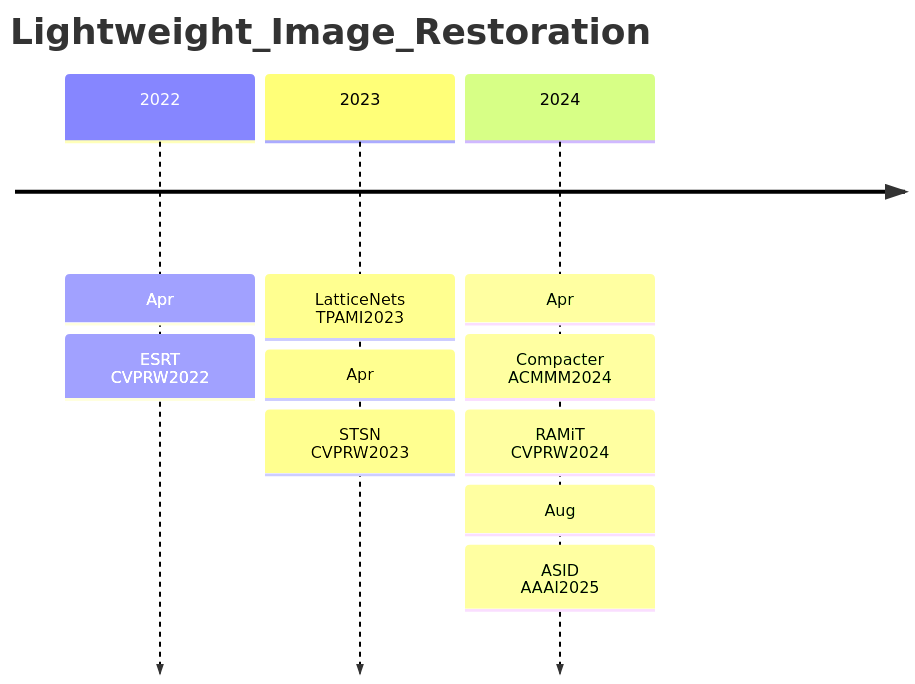
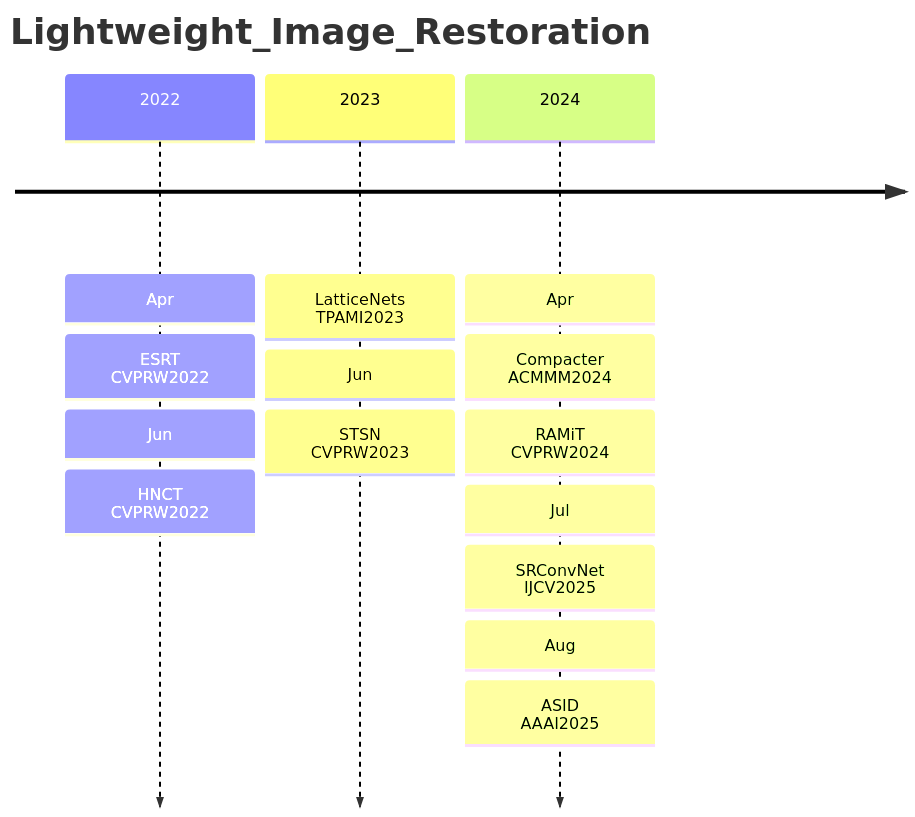
Before and after one commit to Elephant-King9/Paper: the first of 4 diagrams in CV/Lightweight/analyse.md, drawn with Mermaid. The commit also changed other lines of this file and 10 other files, not shown here.

Commit message:
update_SRConvNet: A Transformer-Style ConvNet for Lightweight Image Super-Resolution

````diff
--- a/CV/Lightweight/analyse.md
+++ b/CV/Lightweight/analyse.md
@@ -5,14 +5,18 @@
 ```mermaid
 timeline
     title Lightweight_Image_Restoration
     2022: Apr
     		: ESRT<br>CVPRW2022
+    		: Jun
+    		: HNCT<br>CVPRW2022
     2023: LatticeNets<br>TPAMI2023
-    		: Apr
+    		: Jun
     		: STSN<br>CVPRW2023
     2024: Apr
     		: Compacter<br>ACMMM2024
     		: RAMiT<br>CVPRW2024
+    		: Jul
+    		: SRConvNet<br>IJCV2025
     		: Aug
     		: ASID<br>AAAI2025 
 ```
````
